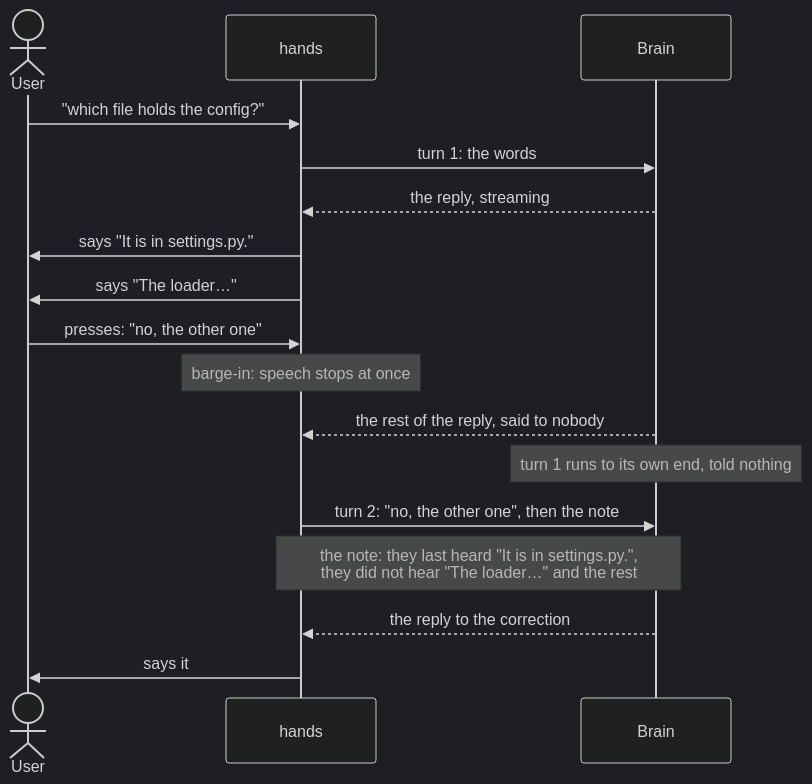
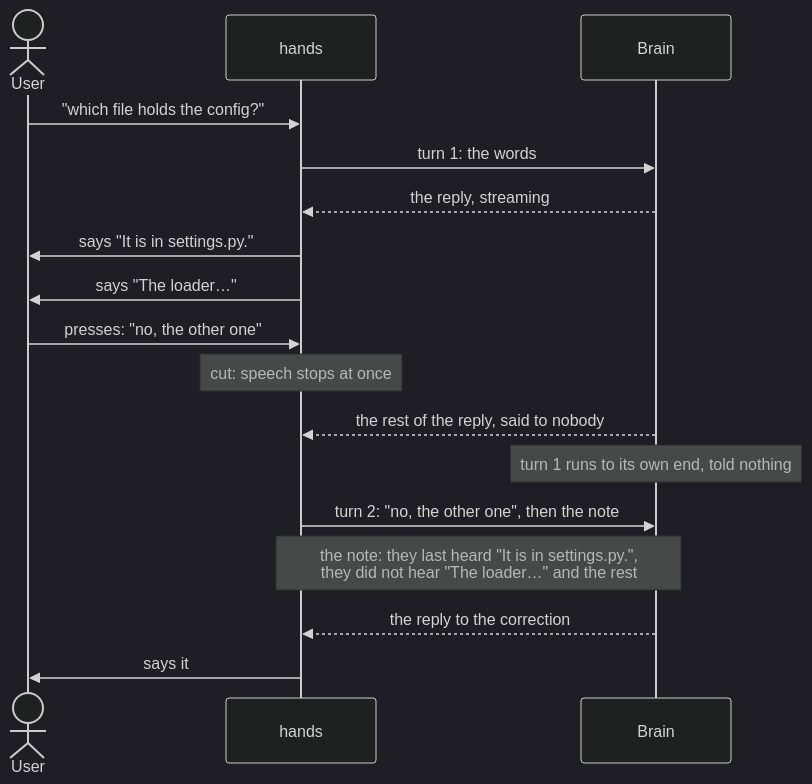
Before and after one commit to promptctl/cc-hands: the second of 7 diagrams in docs/barge-in.md, drawn with Mermaid (dark theme). The commit also changed other lines of this file and 16 other files, not shown here.

````diff
--- a/docs/barge-in.md
+++ b/docs/barge-in.md
@@ -181,19 +182,19 @@
 ```mermaid
 sequenceDiagram
     actor U as User
     participant H as hands
     participant B as Brain
     U->>H: "which file holds the config?"
     H->>B: turn 1: the words
     B-->>H: the reply, streaming
     H->>U: says "It is in settings.py."
     H->>U: says "The loader…"
     U->>H: presses: "no, the other one"
-    Note over H: barge-in: speech stops at once
+    Note over H: cut: speech stops at once
     B-->>H: the rest of the reply, said to nobody
     Note over B: turn 1 runs to its own end, told nothing
     H->>B: turn 2: "no, the other one", then the note
     Note over H,B: the note: they last heard "It is in settings.py.",<br/>they did not hear "The loader…" and the rest
     B-->>H: the reply to the correction
     H->>U: says it
 ```
````
